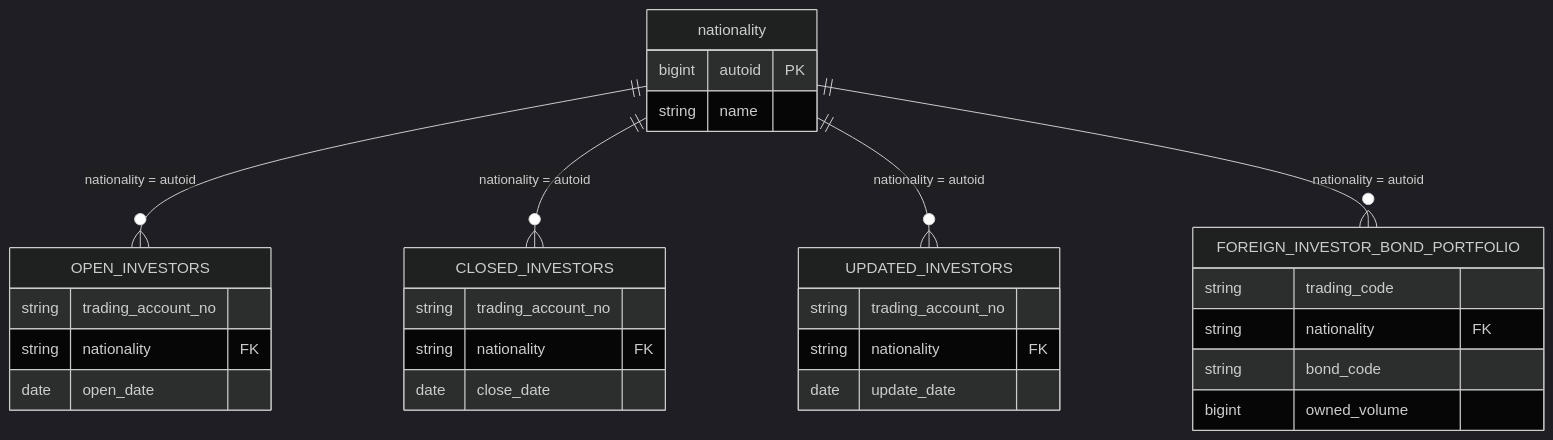
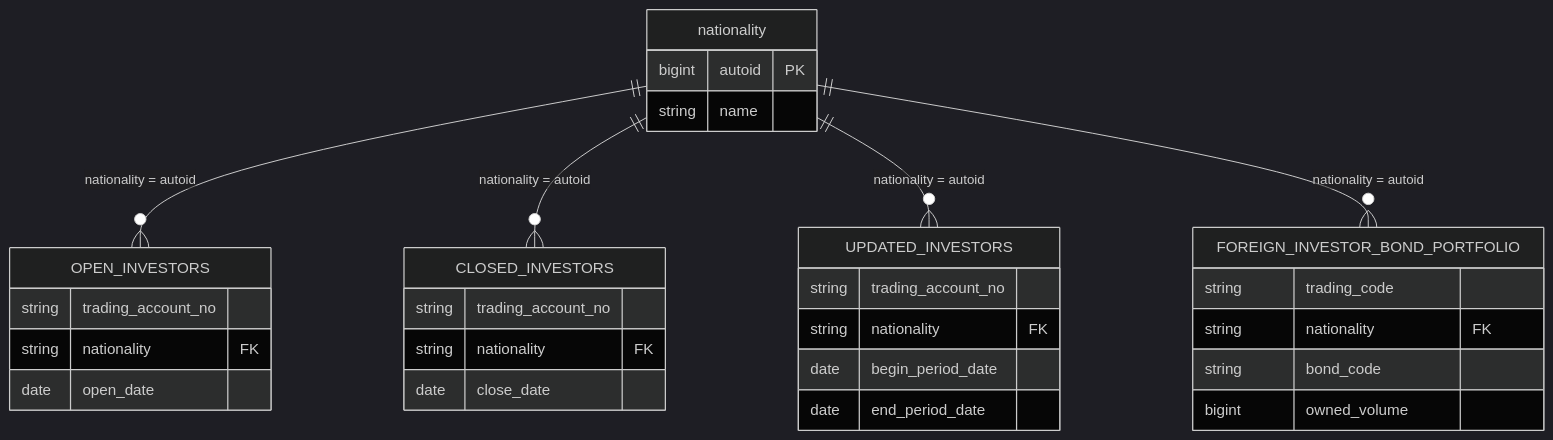
One commit to linhlvit/ubck_atomic_design changed the first of 2 diagrams in DataModel/working/Atomic/hld/VSDC_HLD_Tier2.md. Above: the diagram before and after it, drawn with Mermaid (dark theme). The commit also changed other lines of this file and 44 other files, not shown here.

````diff
--- a/DataModel/working/Atomic/hld/VSDC_HLD_Tier2.md
+++ b/DataModel/working/Atomic/hld/VSDC_HLD_Tier2.md
@@ -21,33 +21,34 @@
 ```mermaid
 erDiagram
     nationality {
         bigint autoid PK
         string name
     }
     OPEN_INVESTORS {
         string trading_account_no
         string nationality FK
         date open_date
     }
     CLOSED_INVESTORS {
         string trading_account_no
         string nationality FK
         date close_date
     }
     UPDATED_INVESTORS {
         string trading_account_no
         string nationality FK
-        date update_date
+        date begin_period_date
+        date end_period_date
     }
     FOREIGN_INVESTOR_BOND_PORTFOLIO {
         string trading_code
         string nationality FK
         string bond_code
         bigint owned_volume
     }
 
     nationality ||--o{ OPEN_INVESTORS : "nationality = autoid"
     nationality ||--o{ CLOSED_INVESTORS : "nationality = autoid"
     nationality ||--o{ UPDATED_INVESTORS : "nationality = autoid"
     nationality ||--o{ FOREIGN_INVESTOR_BOND_PORTFOLIO : "nationality = autoid"
 ```
````
